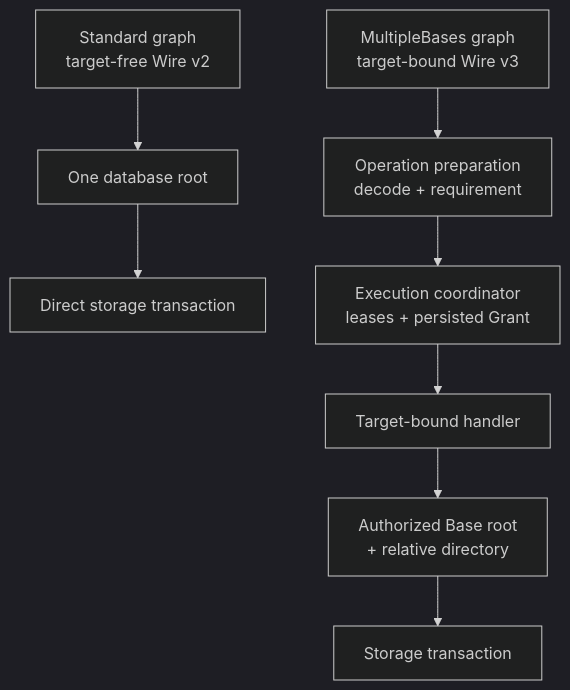
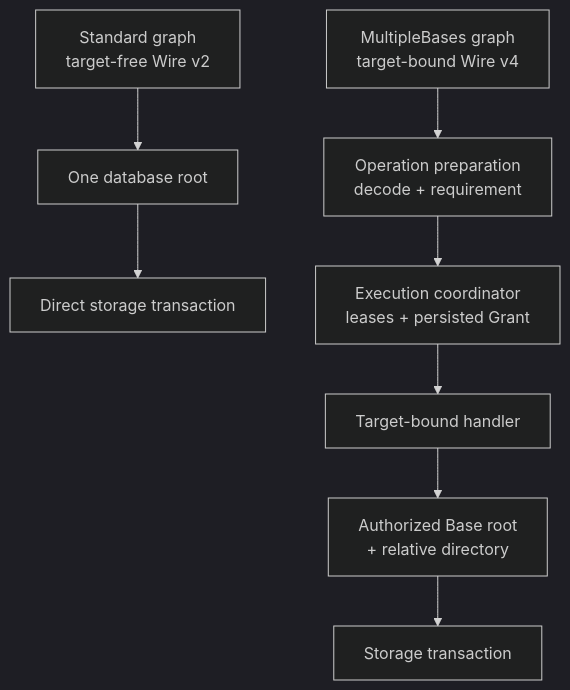
Before and after one commit to 1amageek/database-framework: the first of 8 diagrams in docs/base-composition-implementation-design.md, drawn with Mermaid (dark theme). The commit also changed other lines of this file and 76 other files, not shown here.

````diff
--- a/docs/base-composition-implementation-design.md
+++ b/docs/base-composition-implementation-design.md
@@ -22,11 +24,11 @@
 ```mermaid
 flowchart TB
     Standard["Standard graph<br/>target-free Wire v2"] --> Root["One database root"]
     Root --> StandardTransaction["Direct storage transaction"]
 
-    Multiple["MultipleBases graph<br/>target-bound Wire v3"] --> Prepare["Operation preparation<br/>decode + requirement"]
+    Multiple["MultipleBases graph<br/>target-bound Wire v4"] --> Prepare["Operation preparation<br/>decode + requirement"]
     Prepare --> Bind["Execution coordinator<br/>leases + persisted Grant"]
     Bind --> Handler["Target-bound handler"]
     Handler --> Namespace["Authorized Base root<br/>+ relative directory"]
     Namespace --> MultipleTransaction["Storage transaction"]
 ```
````
